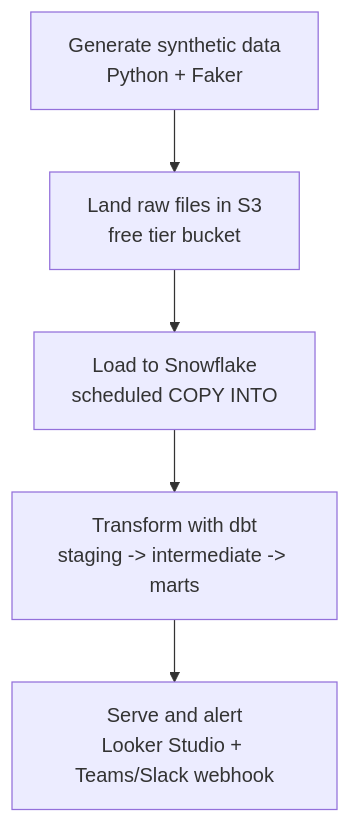
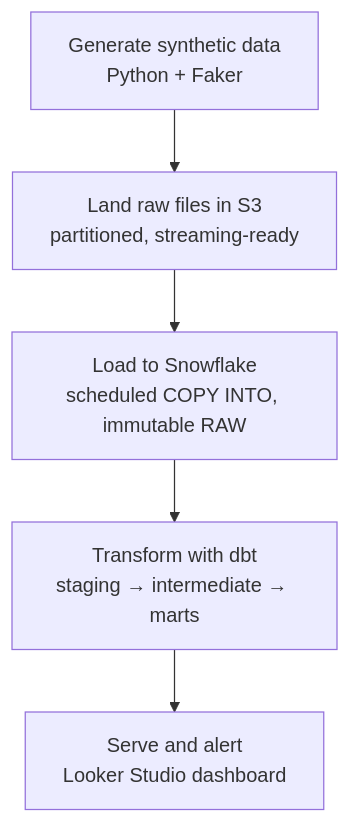
Before and after one commit to faizantanveeer/claimpulse: the diagram in README.md, drawn with Mermaid. The commit also changed other lines of this file, not shown here.

````diff
--- a/README.md
+++ b/README.md
@@ -52,7 +41,7 @@
 ```mermaid
 flowchart TD
-    A[Generate synthetic data<br/>Python + Faker] --> B[Land raw files in S3<br/>free tier bucket]
-    B --> C[Load to Snowflake<br/>scheduled COPY INTO]
-    C --> D[Transform with dbt<br/>staging -> intermediate -> marts]
-    D --> E[Serve and alert<br/>Looker Studio + Teams/Slack webhook]
+    A[Generate synthetic data<br/>Python + Faker] --> B[Land raw files in S3<br/>partitioned, streaming-ready]
+    B --> C[Load to Snowflake<br/>scheduled COPY INTO, immutable RAW]
+    C --> D[Transform with dbt<br/>staging → intermediate → marts]
+    D --> E[Serve and alert<br/>Looker Studio dashboard]
 ```
````
